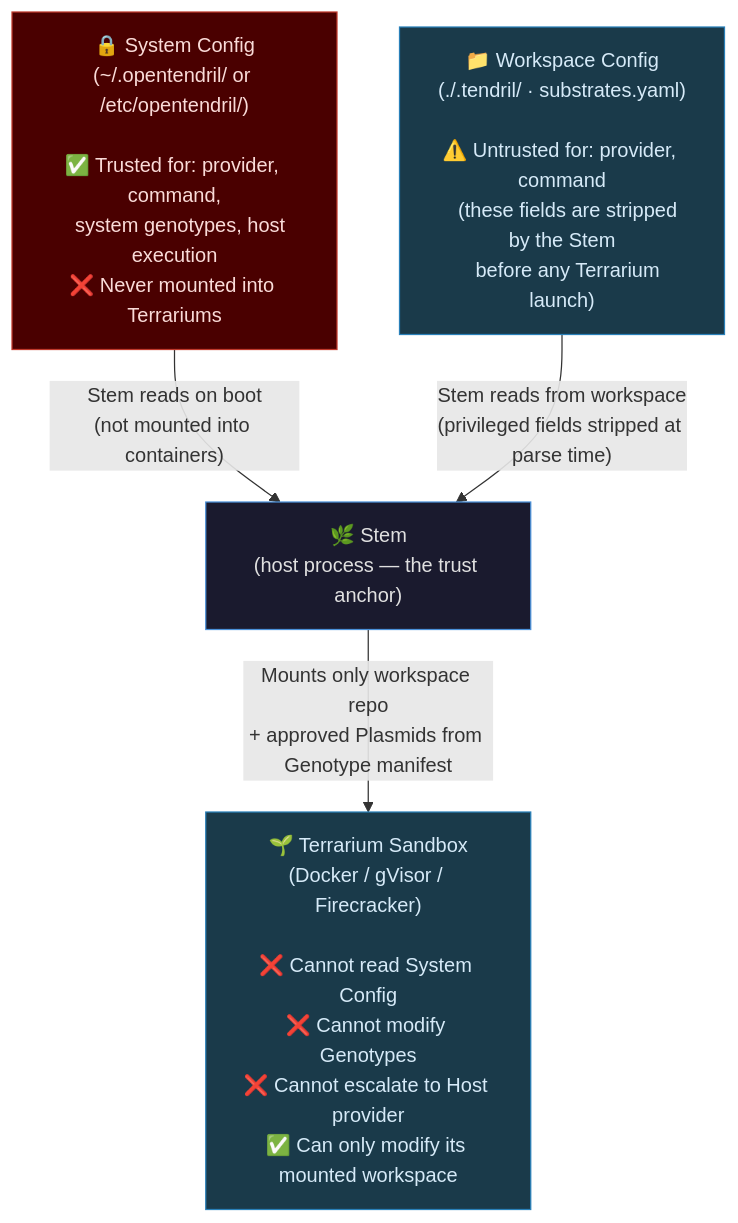
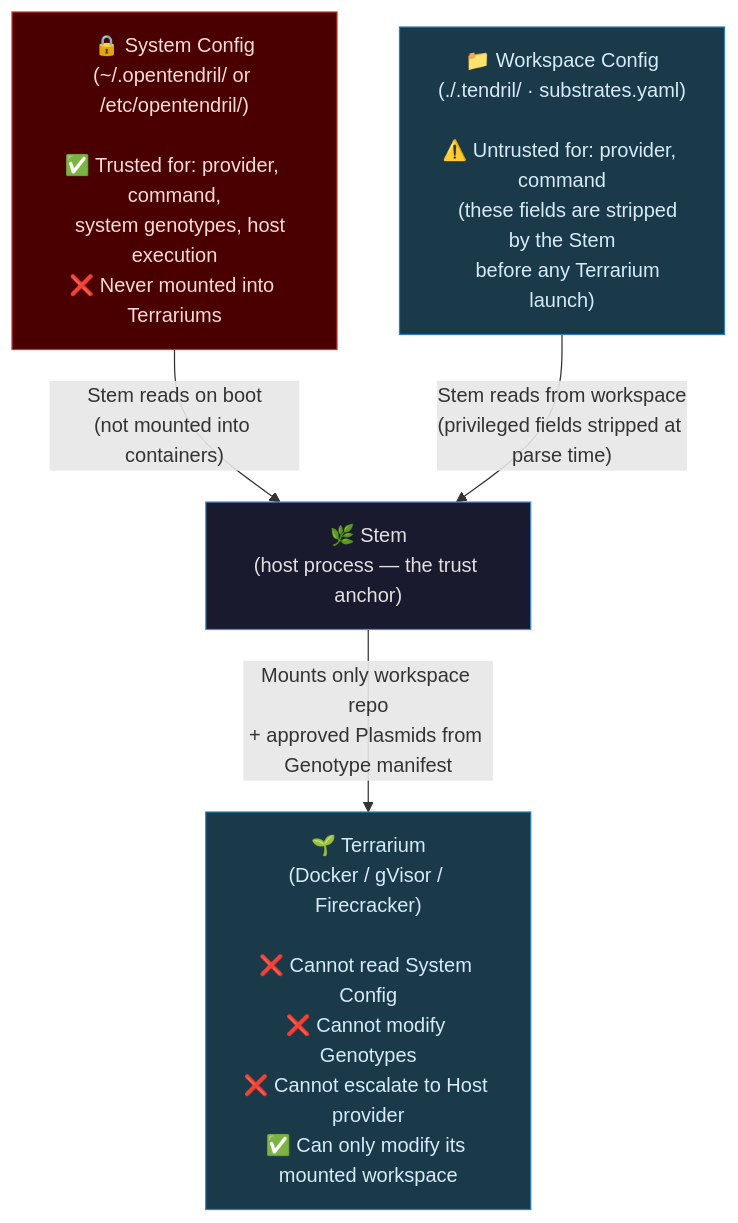
The third of 3 diagrams in docs/ARCHITECTURE-TAXONOMY.md (opentendril/opentendril), drawn with Mermaid before and after one commit. The commit also changed other lines of this file and 72 other files, not shown here.

````diff
--- a/docs/ARCHITECTURE-TAXONOMY.md
+++ b/docs/ARCHITECTURE-TAXONOMY.md
@@ -137,18 +137,18 @@
 ```mermaid
 graph TB
     classDef trusted fill:#4a0000,stroke:#c0392b,color:#fadbd8
     classDef untrusted fill:#1a3a4a,stroke:#2980b9,color:#d6eaf8
     classDef stem fill:#1a1a2e,stroke:#4a90d9,color:#e0e0e0
 
     A["🔒 System Config\n(~/.opentendril/ or /etc/opentendril/)\n\n✅ Trusted for: provider, command,\n   system genotypes, host execution\n❌ Never mounted into Terrariums"]
     B["📁 Workspace Config\n(./.tendril/ · substrates.yaml)\n\n⚠️ Untrusted for: provider, command\n   (these fields are stripped by the Stem\n   before any Terrarium launch)"]
-    C["🌱 Terrarium Sandbox\n(Docker / gVisor / Firecracker)\n\n❌ Cannot read System Config\n❌ Cannot modify Genotypes\n❌ Cannot escalate to Host provider\n✅ Can only modify its mounted workspace"]
+    C["🌱 Terrarium\n(Docker / gVisor / Firecracker)\n\n❌ Cannot read System Config\n❌ Cannot modify Genotypes\n❌ Cannot escalate to Host provider\n✅ Can only modify its mounted workspace"]
 
     A -->|"Stem reads on boot\n(not mounted into containers)"| StemCore["🌿 Stem\n(host process — the trust anchor)"]
     B -->|"Stem reads from workspace\n(privileged fields stripped at parse time)"| StemCore
     StemCore -->|"Mounts only workspace repo\n+ approved Plasmids from Genotype manifest"| C
 
     class A trusted
     class B,C untrusted
     class StemCore stem
 ```
````
